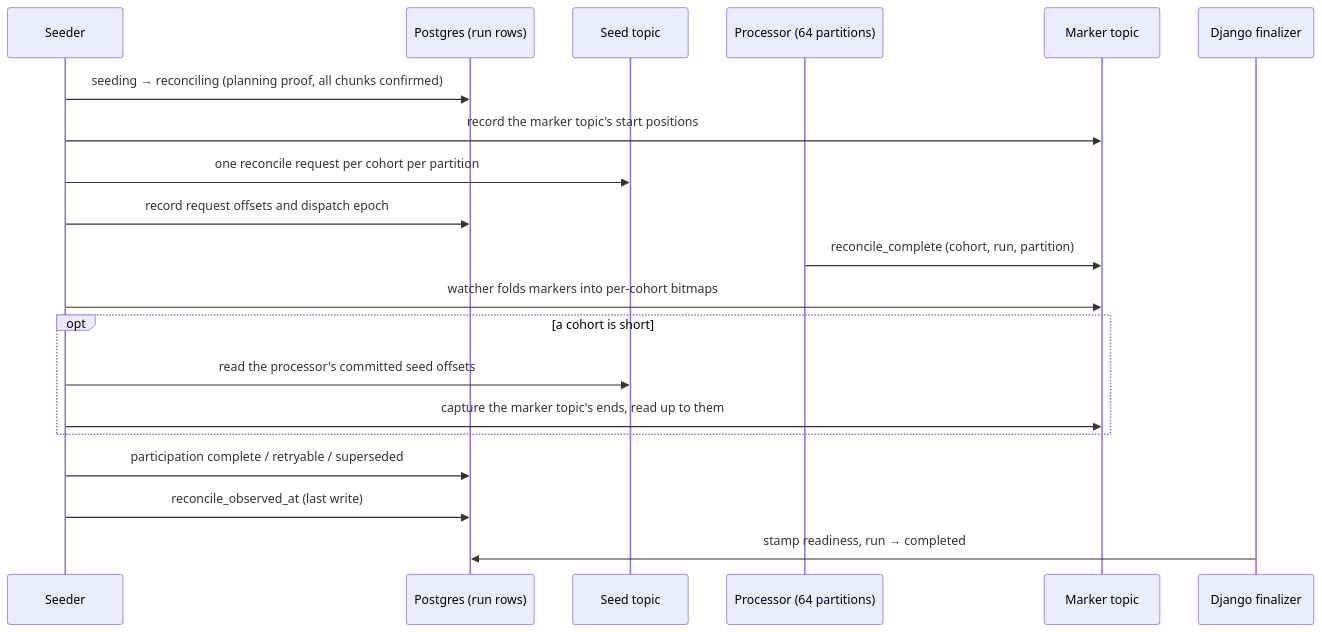
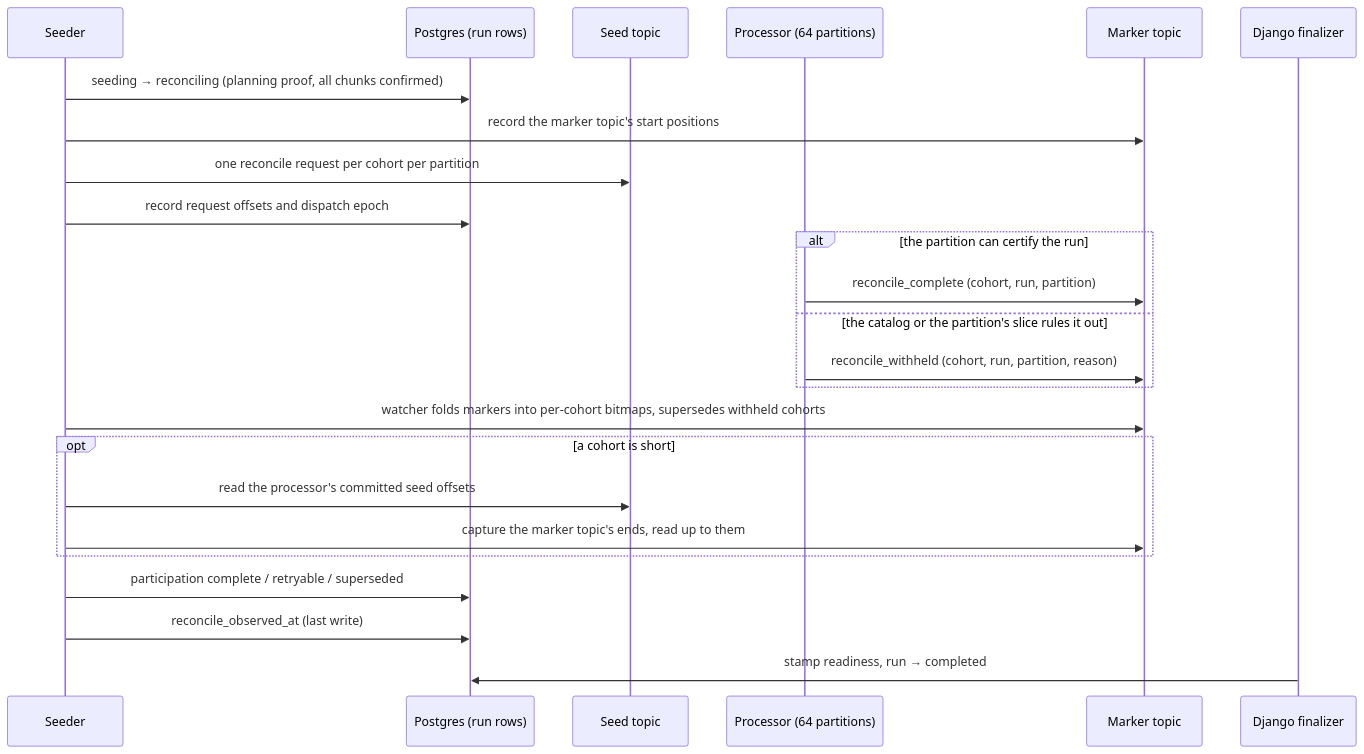
One commit to gjija/posthog changed the diagram in docs/internal/realtime-cohorts/completion-and-readiness.md. Above: the diagram before and after it, drawn with Mermaid. The commit also changed other lines of this file and 49 other files, not shown here.

Commit message:
fix(cohorts): never certify a reconcile from a slice missing history

````diff
--- a/docs/internal/realtime-cohorts/completion-and-readiness.md
+++ b/docs/internal/realtime-cohorts/completion-and-readiness.md
@@ -21,22 +22,26 @@
 ```mermaid
 sequenceDiagram
     participant S as Seeder
     participant PG as Postgres (run rows)
     participant K as Seed topic
     participant P as Processor (64 partitions)
     participant M as Marker topic
     participant F as Django finalizer
     S->>PG: seeding → reconciling (planning proof, all chunks confirmed)
     S->>M: record the marker topic's start positions
     S->>K: one reconcile request per cohort per partition
     S->>PG: record request offsets and dispatch epoch
-    P->>M: reconcile_complete (cohort, run, partition)
-    S->>M: watcher folds markers into per-cohort bitmaps
+    alt the partition can certify the run
+        P->>M: reconcile_complete (cohort, run, partition)
+    else the catalog or the partition's slice rules it out
+        P->>M: reconcile_withheld (cohort, run, partition, reason)
+    end
+    S->>M: watcher folds markers into per-cohort bitmaps, supersedes withheld cohorts
     opt a cohort is short
         S->>K: read the processor's committed seed offsets
         S->>M: capture the marker topic's ends, read up to them
     end
     S->>PG: participation complete / retryable / superseded
     S->>PG: reconcile_observed_at (last write)
     F->>PG: stamp readiness, run → completed
 ```
````
